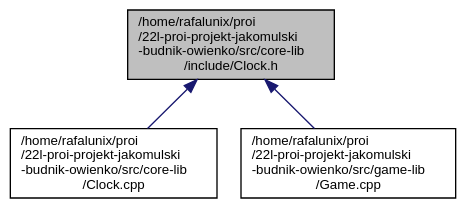
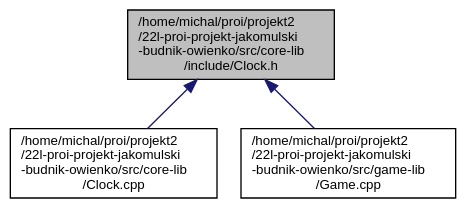
One commit to SNURTEL/battle-city changed the diagram in doc/rtf/_clock_8h__dep__incl.dot. Above: the diagram before and after it, drawn with Graphviz. The commit also changed 1284 other files, not shown here.

```diff
--- a/doc/rtf/_clock_8h__dep__incl.dot
+++ b/doc/rtf/_clock_8h__dep__incl.dot
@@ -1,13 +1,13 @@
-digraph "/home/rafalunix/proi/22l-proi-projekt-jakomulski-budnik-owienko/src/core-lib/include/Clock.h"
+digraph "/home/michal/proi/projekt2/22l-proi-projekt-jakomulski-budnik-owienko/src/core-lib/include/Clock.h"
 {
  // INTERACTIVE_SVG=YES
  // LATEX_PDF_SIZE
   bgcolor="transparent";
   edge [fontname="Helvetica",fontsize="10",labelfontname="Helvetica",labelfontsize="10"];
   node [fontname="Helvetica",fontsize="10",shape=record];
-  Node1 [label="/home/rafalunix/proi\l/22l-proi-projekt-jakomulski\l-budnik-owienko/src/core-lib\l/include/Clock.h",height=0.2,width=0.4,color="black", fillcolor="grey75", style="filled", fontcolor="black",tooltip=" "];
+  Node1 [label="/home/michal/proi/projekt2\l/22l-proi-projekt-jakomulski\l-budnik-owienko/src/core-lib\l/include/Clock.h",height=0.2,width=0.4,color="black", fillcolor="grey75", style="filled", fontcolor="black",tooltip=" "];
   Node1 -> Node2 [dir="back",color="midnightblue",fontsize="10",style="solid",fontname="Helvetica"];
-  Node2 [label="/home/rafalunix/proi\l/22l-proi-projekt-jakomulski\l-budnik-owienko/src/core-lib\l/Clock.cpp",height=0.2,width=0.4,color="black",URL="$_clock_8cpp.html",tooltip=" "];
+  Node2 [label="/home/michal/proi/projekt2\l/22l-proi-projekt-jakomulski\l-budnik-owienko/src/core-lib\l/Clock.cpp",height=0.2,width=0.4,color="black",URL="$_clock_8cpp.html",tooltip=" "];
   Node1 -> Node3 [dir="back",color="midnightblue",fontsize="10",style="solid",fontname="Helvetica"];
-  Node3 [label="/home/rafalunix/proi\l/22l-proi-projekt-jakomulski\l-budnik-owienko/src/game-lib\l/Game.cpp",height=0.2,width=0.4,color="black",URL="$_game_8cpp.html",tooltip=" "];
+  Node3 [label="/home/michal/proi/projekt2\l/22l-proi-projekt-jakomulski\l-budnik-owienko/src/game-lib\l/Game.cpp",height=0.2,width=0.4,color="black",URL="$_game_8cpp.html",tooltip=" "];
 }
```
